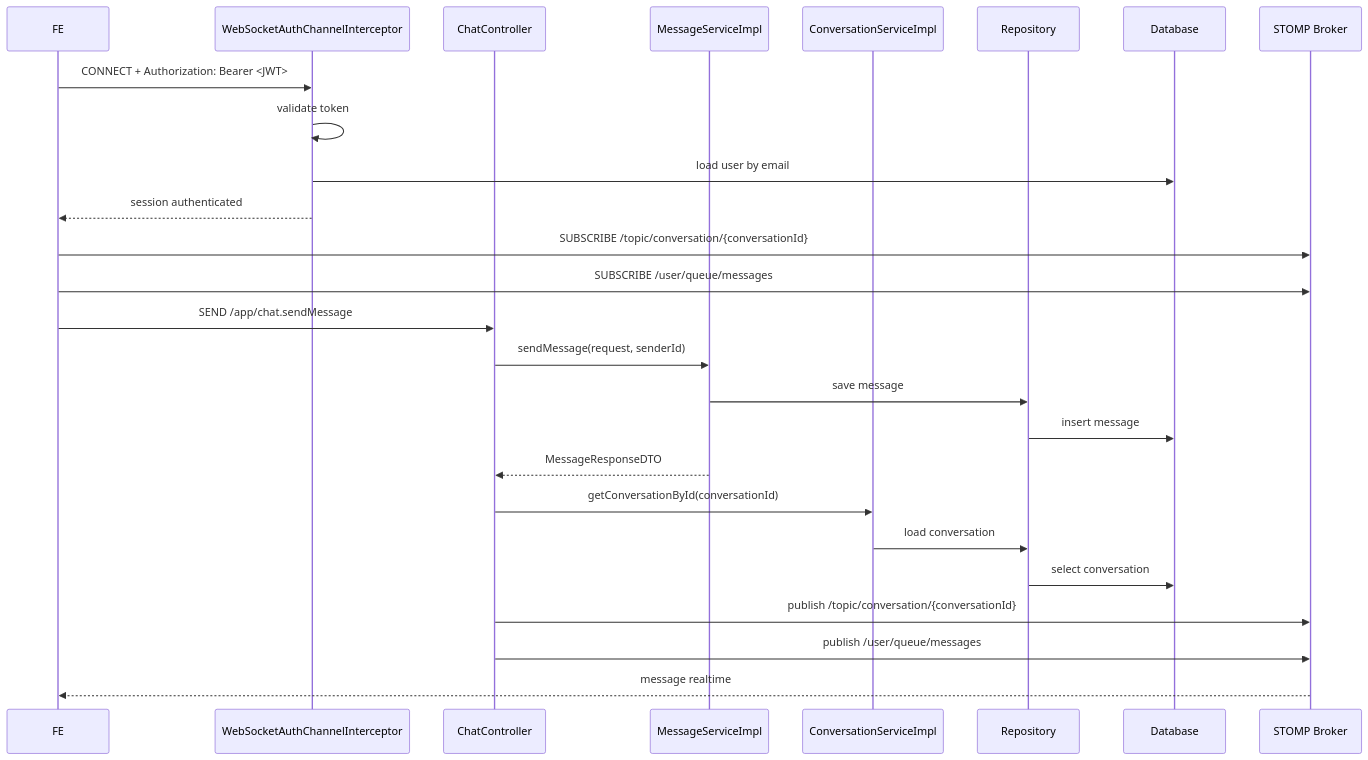
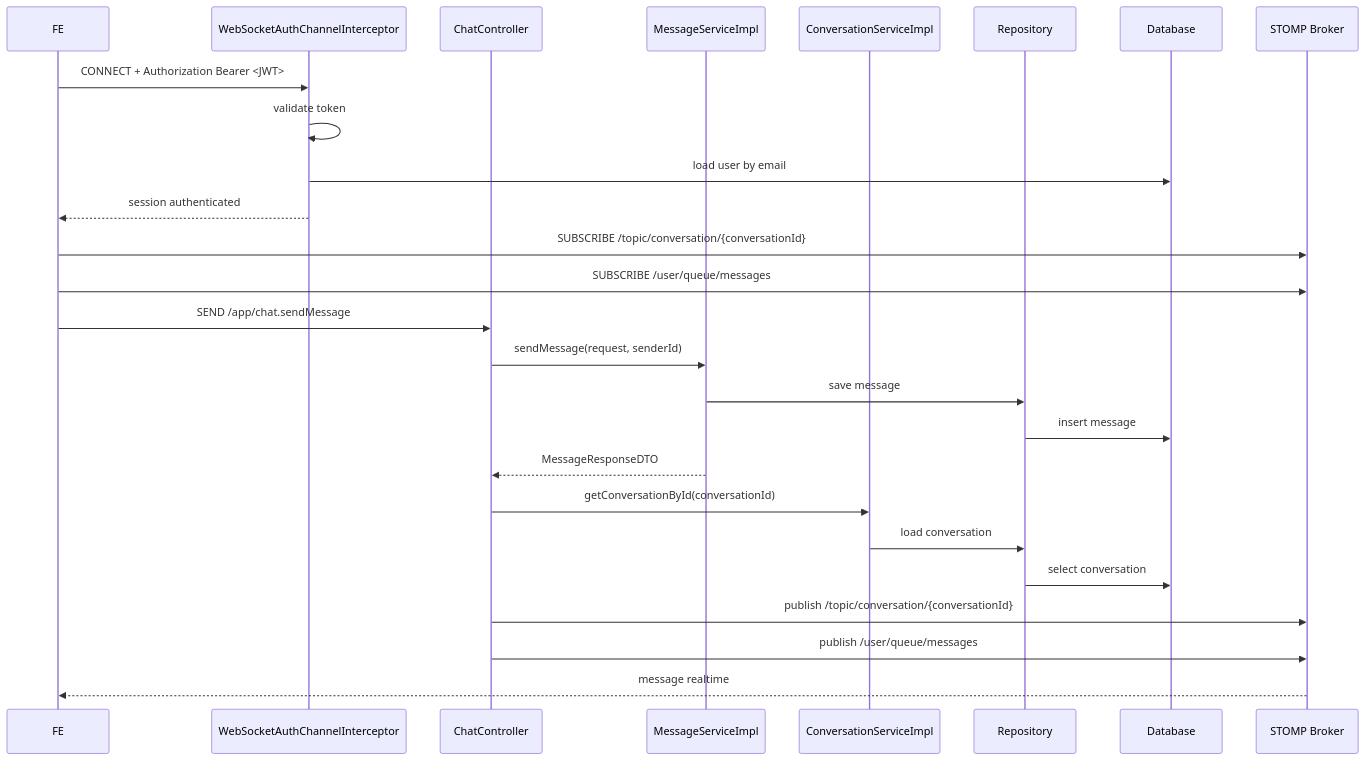
One commit to HoaTran29/BE_old_bicycle_project changed the diagram in old_bicycle_project/docs/knowledge/websocket-jwt-chat-auth-basics-2026-03-12.md. Above: the diagram before and after it, drawn with Mermaid. The commit also changed 12 other files, not shown here.

````diff
--- a/old_bicycle_project/docs/knowledge/websocket-jwt-chat-auth-basics-2026-03-12.md
+++ b/old_bicycle_project/docs/knowledge/websocket-jwt-chat-auth-basics-2026-03-12.md
@@ -212,31 +212,31 @@
 ```mermaid
 sequenceDiagram
     participant FE as FE
     participant WS as WebSocketAuthChannelInterceptor
     participant Chat as ChatController
     participant Msg as MessageServiceImpl
     participant Conv as ConversationServiceImpl
     participant Repo as Repository
     participant DB as Database
     participant Broker as STOMP Broker
 
-    FE->>WS: CONNECT + Authorization: Bearer <JWT>
+    FE->>WS: CONNECT + Authorization Bearer <JWT>
     WS->>WS: validate token
     WS->>DB: load user by email
     WS-->>FE: session authenticated
 
     FE->>Broker: SUBSCRIBE /topic/conversation/{conversationId}
     FE->>Broker: SUBSCRIBE /user/queue/messages
 
     FE->>Chat: SEND /app/chat.sendMessage
     Chat->>Msg: sendMessage(request, senderId)
     Msg->>Repo: save message
     Repo->>DB: insert message
     Msg-->>Chat: MessageResponseDTO
     Chat->>Conv: getConversationById(conversationId)
     Conv->>Repo: load conversation
     Repo->>DB: select conversation
     Chat->>Broker: publish /topic/conversation/{conversationId}
     Chat->>Broker: publish /user/queue/messages
     Broker-->>FE: message realtime
 ```
````
